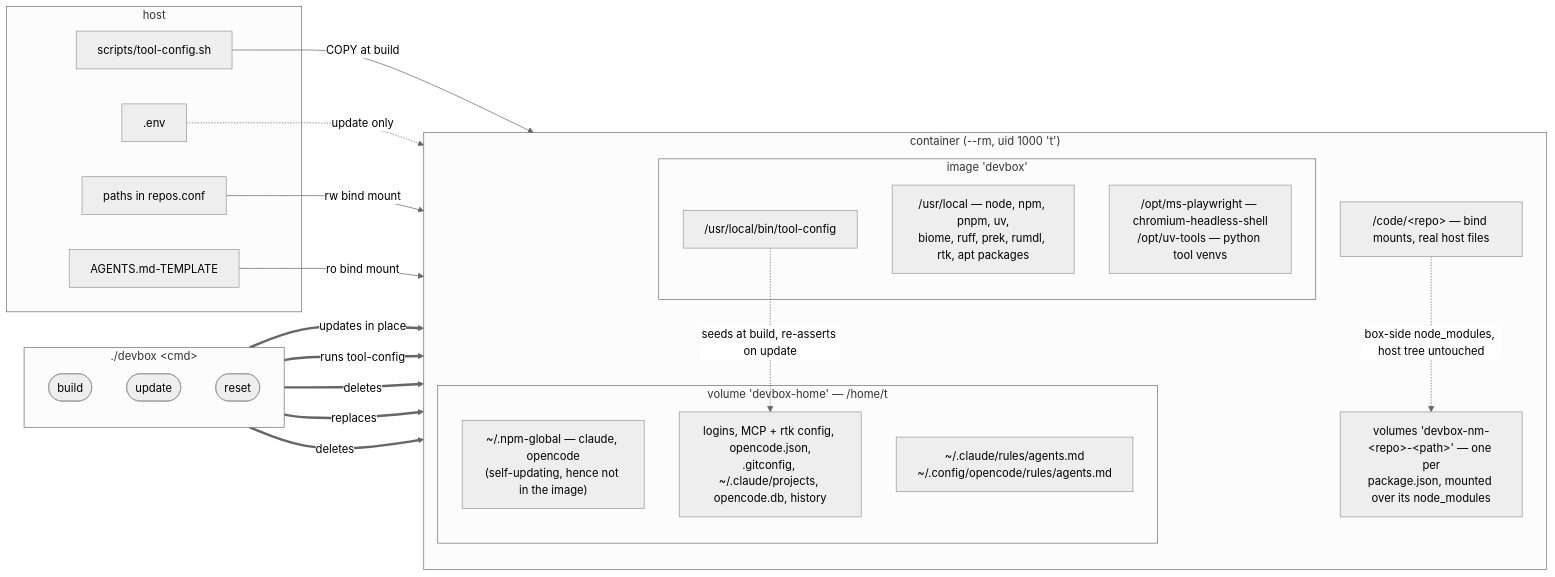
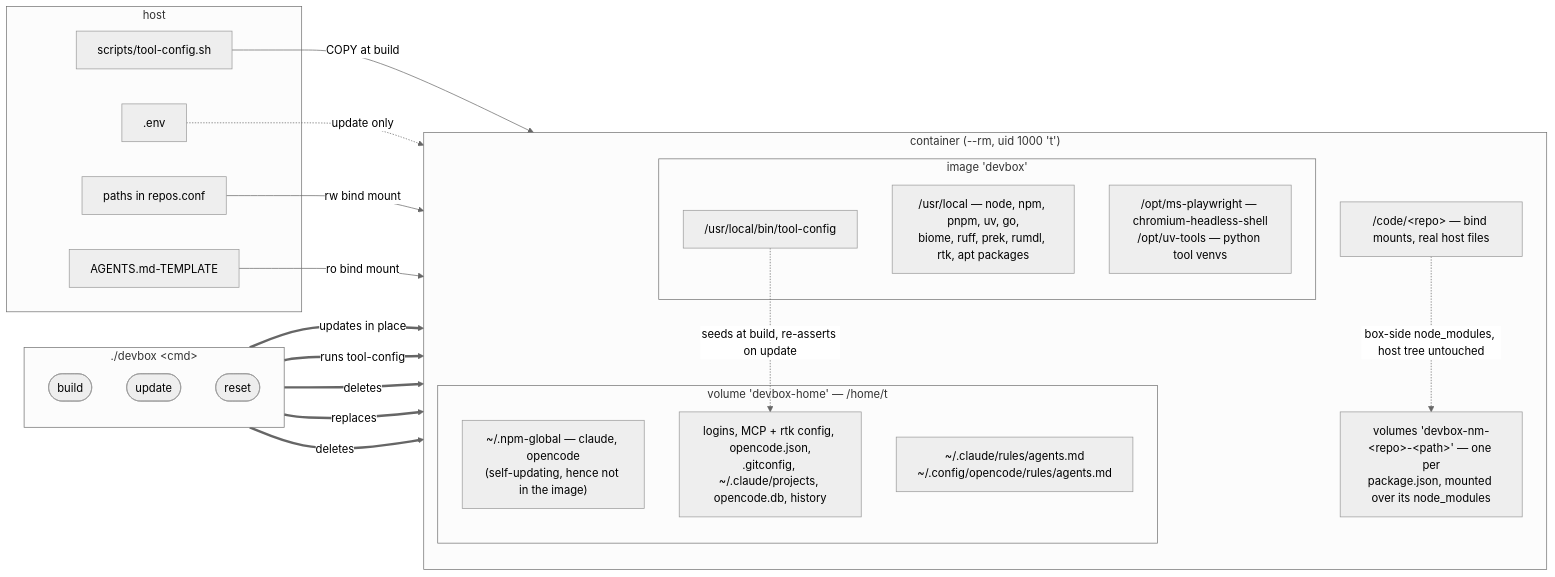
Before and after one commit to entorb/devbox: the diagram in README.md, drawn with Mermaid (neutral theme). The commit also changed other lines of this file and 1 other file, not shown here.

````diff
--- a/README.md
+++ b/README.md
@@ -47,45 +47,45 @@
 ```mermaid
 flowchart LR
   subgraph cmd["./devbox &lt;cmd&gt;"]
     direction TB
     build(["build"])
     update(["update"])
     reset(["reset"])
   end
 
   subgraph host["host"]
     repos["paths in repos.conf"]
     amd["AGENTS.md-TEMPLATE"]
     keys[".env"]
     script["scripts/tool-config.sh"]
   end
 
   subgraph box["container (--rm, uid 1000 't')"]
     direction TB
     subgraph img["image 'devbox'"]
-      tools["/usr/local — node, npm, pnpm, uv,<br>biome, ruff, prek, rumdl, rtk, apt packages"]
+      tools["/usr/local — node, npm, pnpm, uv, go,<br>biome, ruff, prek, rumdl, rtk, apt packages"]
       browser["/opt/ms-playwright — chromium-headless-shell<br>/opt/uv-tools — python tool venvs"]
       binary["/usr/local/bin/tool-config"]
     end
     subgraph vol["volume 'devbox-home' — /home/t"]
       agents["~/.npm-global — claude, opencode<br>(self-updating, hence not in the image)"]
       state["logins, MCP + rtk config, opencode.json,<br>.gitconfig, ~/.claude/projects, opencode.db, history"]
       rules["~/.claude/rules/agents.md<br>~/.config/opencode/rules/agents.md"]
     end
     code["/code/&lt;repo&gt; — bind mounts, real host files"]
     nm["volumes 'devbox-nm-&lt;repo&gt;-&lt;path&gt;' — one per<br>package.json, mounted over its node_modules"]
   end
 
   build ==>|"replaces"| img
   update ==>|"updates in place"| agents
   update ==>|"runs tool-config"| state
   reset ==>|"deletes"| vol
   reset ==>|"deletes"| nm
 
   script -->|"COPY at build"| binary
   binary -.->|"seeds at build, re-asserts on update"| state
   keys -.->|"update only"| state
   repos -->|"rw bind mount"| code
   code -.->|"box-side node_modules, host tree untouched"| nm
   amd -->|"ro bind mount"| rules
 ```
````
